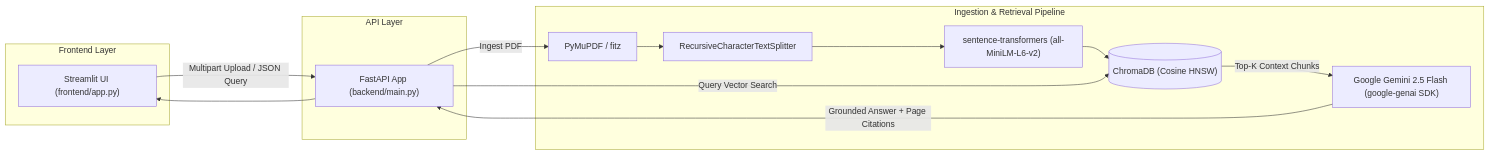
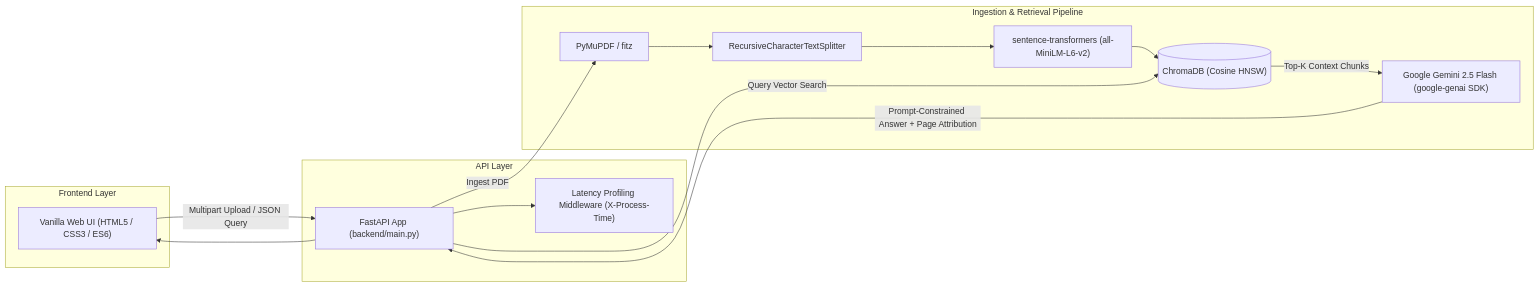
Before and after one commit to GurutejaReddy-04/rag-document-intelligence: the second of 2 diagrams in README.md, drawn with Mermaid. The commit also changed other lines of this file and 18 other files, not shown here.

First line of the commit message:
feat: remediate v1 architecture, add automated tests, CI, and vanilla UI

````diff
--- a/README.md
+++ b/README.md
@@ -29,23 +74,25 @@
 ```mermaid
 flowchart LR
     subgraph Client["Frontend Layer"]
-        UI["Streamlit UI (frontend/app.py)"]
+        UI["Vanilla Web UI (HTML5 / CSS3 / ES6)"]
     end
 
     subgraph Server["API Layer"]
         API["FastAPI App (backend/main.py)"]
+        MW["Latency Profiling Middleware (X-Process-Time)"]
     end
 
     subgraph Pipeline["Ingestion & Retrieval Pipeline"]
         PDF["PyMuPDF / fitz"]
         Split["RecursiveCharacterTextSplitter"]
         Embed["sentence-transformers (all-MiniLM-L6-v2)"]
         VDB[("ChromaDB (Cosine HNSW)")]
         LLM["Google Gemini 2.5 Flash (google-genai SDK)"]
     end
 
     UI -->|Multipart Upload / JSON Query| API
+    API --> MW
     API -->|Ingest PDF| PDF --> Split --> Embed --> VDB
     API -->|Query Vector Search| VDB -->|Top-K Context Chunks| LLM
-    LLM -->|Grounded Answer + Page Citations| API --> UI
+    LLM -->|Prompt-Constrained Answer + Page Attribution| API --> UI
 ```
````
